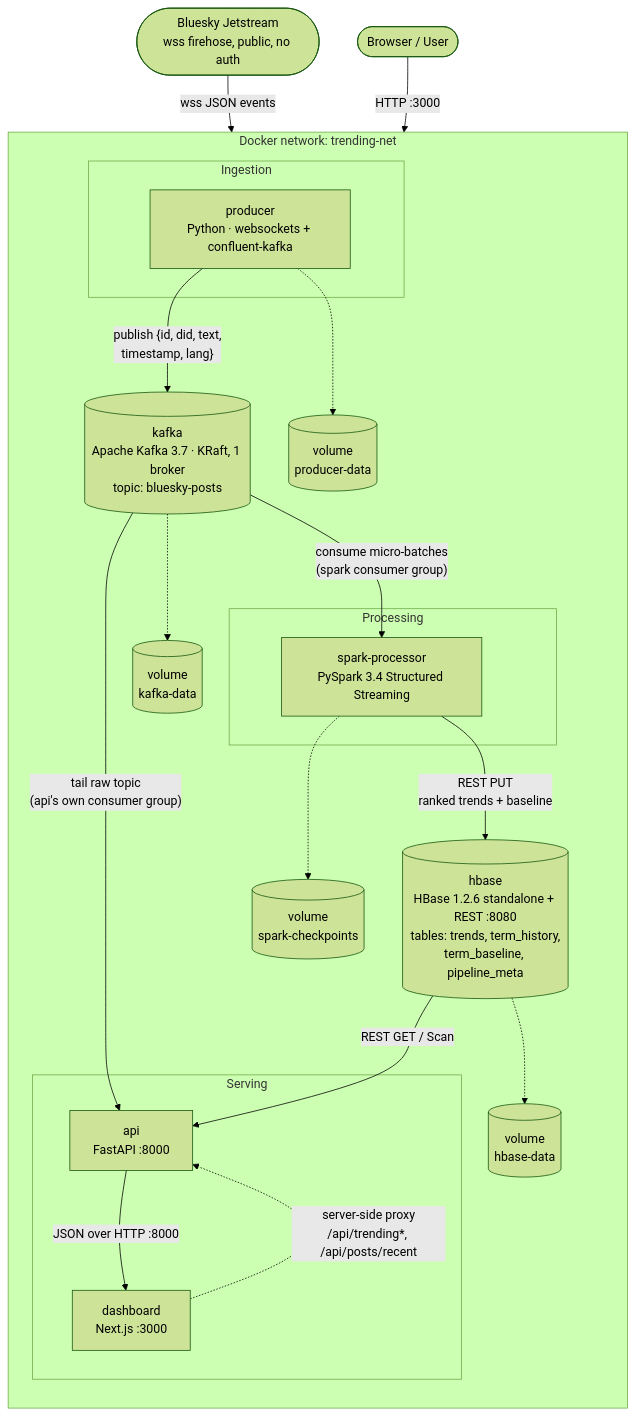
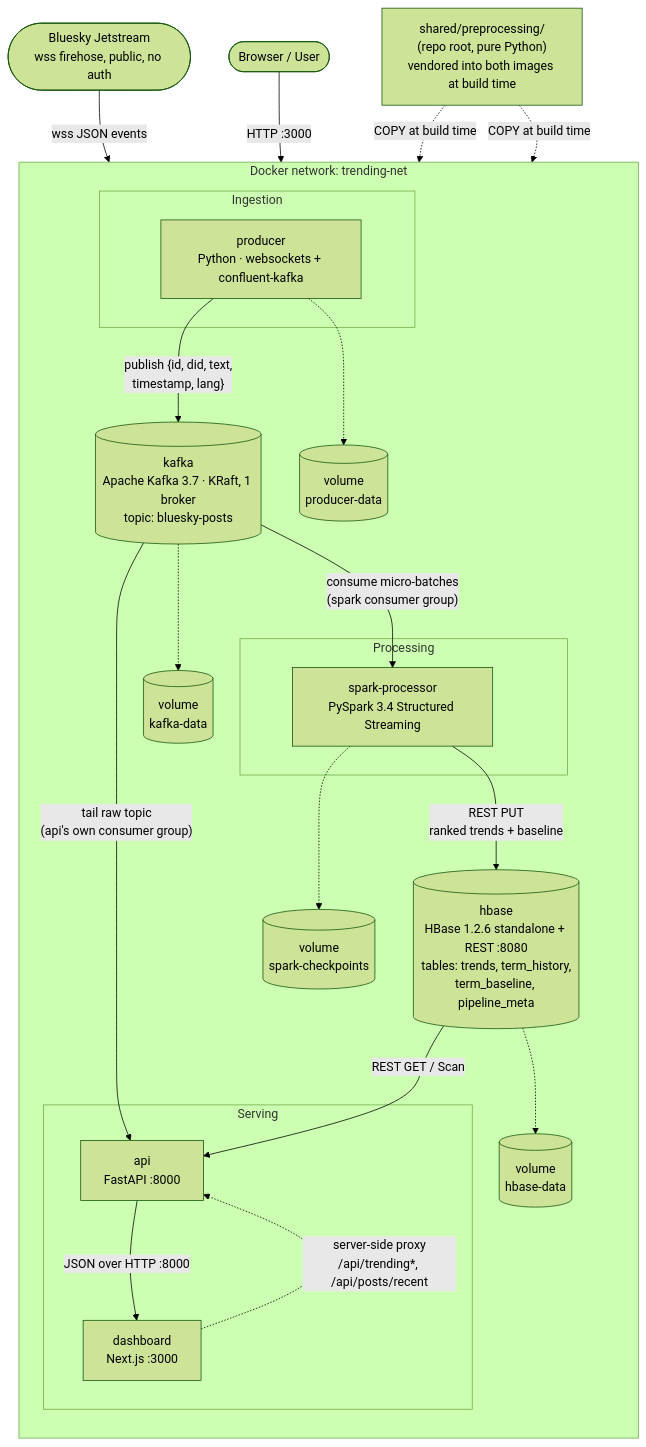
One commit to abdelhaqelamraoui/data-engineering-project changed the diagram in docs/architecture.md. Above: the diagram before and after it, drawn with Mermaid (forest theme). The commit also changed other lines of this file and 27 other files, not shown here.

````diff
--- a/docs/architecture.md
+++ b/docs/architecture.md
@@ -8,46 +10,50 @@
 ```mermaid
 flowchart TB
     Jetstream(["Bluesky Jetstream<br/>wss firehose, public, no auth"])
     Browser(["Browser / User"])
+    PREP["shared/preprocessing/<br/>(repo root, pure Python)<br/>vendored into both images at build time"]
 
     subgraph NET["Docker network: trending-net"]
         direction TB
 
         subgraph ING["Ingestion"]
             PROD["producer<br/>Python · websockets + confluent-kafka"]
         end
 
         KAFKA[("kafka<br/>Apache Kafka 3.7 · KRaft, 1 broker<br/>topic: bluesky-posts")]
 
         subgraph PROC["Processing"]
             SPARK["spark-processor<br/>PySpark 3.4 Structured Streaming"]
         end
 
         HBASE[("hbase<br/>HBase 1.2.6 standalone + REST :8080<br/>tables: trends, term_history,<br/>term_baseline, pipeline_meta")]
 
         subgraph SERVE["Serving"]
             API["api<br/>FastAPI :8000"]
             DASH["dashboard<br/>Next.js :3000"]
         end
 
         VOLP[("volume<br/>producer-data")]
         VOLK[("volume<br/>kafka-data")]
         VOLH[("volume<br/>hbase-data")]
         VOLS[("volume<br/>spark-checkpoints")]
     end
 
     Jetstream -->|"wss JSON events"| PROD
     PROD -->|"publish {id, did, text,<br/>timestamp, lang}"| KAFKA
     KAFKA -->|"consume micro-batches<br/>(spark consumer group)"| SPARK
     KAFKA -->|"tail raw topic<br/>(api's own consumer group)"| API
     SPARK -->|"REST PUT<br/>ranked trends + baseline"| HBASE
     HBASE -->|"REST GET / Scan"| API
     API -->|"JSON over HTTP :8000"| DASH
     Browser -->|"HTTP :3000"| DASH
     DASH -.->|"server-side proxy<br/>/api/trending*, /api/posts/recent"| API
 
+    PREP -.->|"COPY at build time"| SPARK
+    PREP -.->|"COPY at build time"| API
+
     PROD -.-> VOLP
     KAFKA -.-> VOLK
     HBASE -.-> VOLH
     SPARK -.-> VOLS
 ```
````
